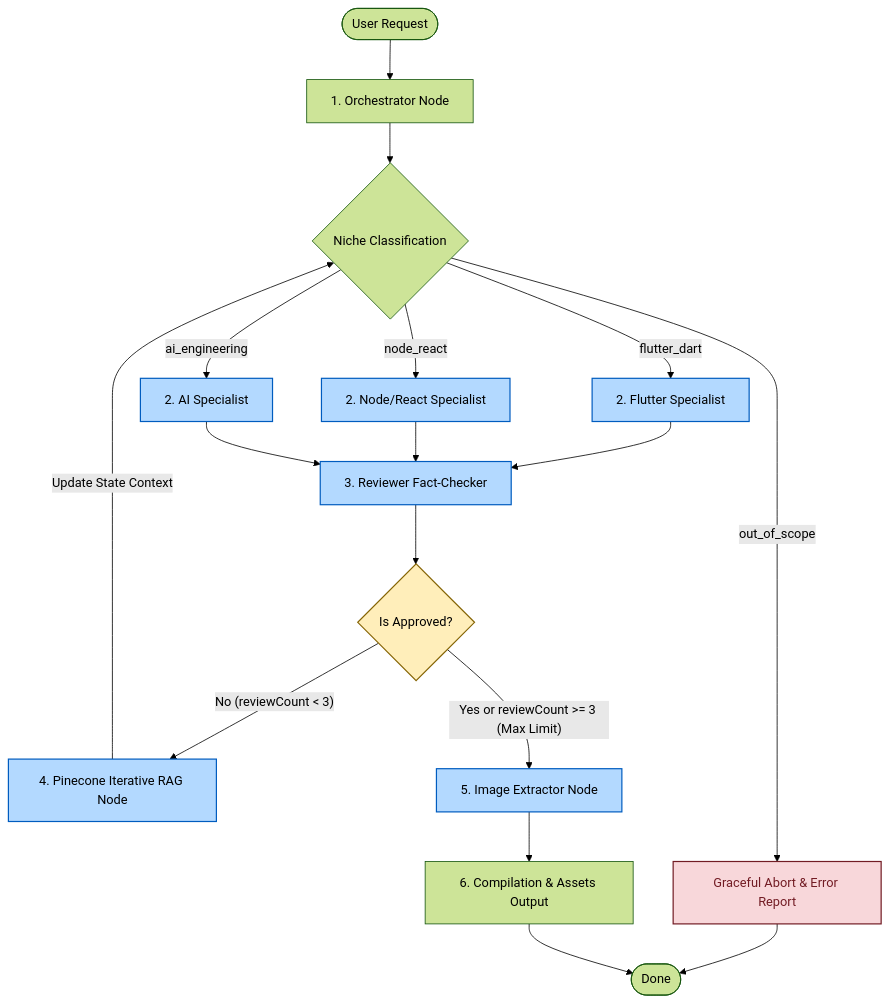
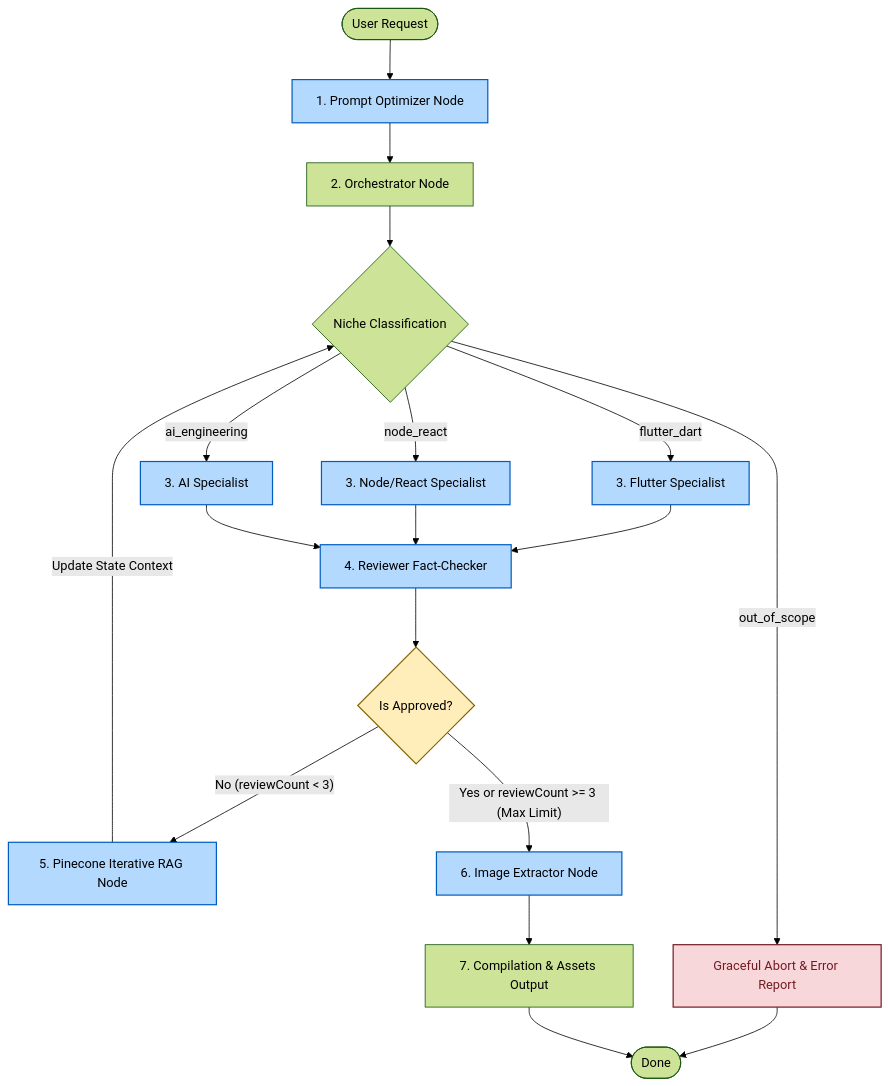
One commit to llucasmota/langgraph-critic-rag-builder changed the diagram in README.md. Above: the diagram before and after it, drawn with Mermaid (forest theme). The commit also changed other lines of this file and 17 other files, not shown here.

````diff
--- a/README.md
+++ b/README.md
@@ -19,41 +19,42 @@
 ```mermaid
 graph TD
     %% Define styles
     classDef startEnd fill:#f9f,stroke:#333,stroke-width:2px;
     classDef nodeStyle fill:#b3d9ff,stroke:#005cbf,stroke-width:1.5px,color:#000;
     classDef decStyle fill:#ffeeba,stroke:#856404,stroke-width:1.5px,color:#000;
     classDef errorStyle fill:#f8d7da,stroke:#721c24,stroke-width:1.5px,color:#721c24;
 
-    Start([User Request]) --> Orchestrator[1. Orchestrator Node]
+    Start([User Request]) --> PromptOptimizer[1. Prompt Optimizer Node]
+    PromptOptimizer --> Orchestrator[2. Orchestrator Node]
     Orchestrator --> Classification{Niche Classification}
     
     %% Niche Routing
     Classification -- out_of_scope --> OutOfScope[Graceful Abort & Error Report]
     OutOfScope --> End([Done])
     class OutOfScope errorStyle;
     
-    Classification -- flutter_dart --> FlutterAgent[2. Flutter Specialist]
-    Classification -- node_react --> NodeReactAgent[2. Node/React Specialist]
-    Classification -- ai_engineering --> AIAgent[2. AI Specialist]
-    class FlutterAgent,NodeReactAgent,AIAgent nodeStyle;
+    Classification -- flutter_dart --> FlutterAgent[3. Flutter Specialist]
+    Classification -- node_react --> NodeReactAgent[3. Node/React Specialist]
+    Classification -- ai_engineering --> AIAgent[3. AI Specialist]
+    class PromptOptimizer,FlutterAgent,NodeReactAgent,AIAgent nodeStyle;
 
     %% Specialists to Reviewer
-    FlutterAgent --> Reviewer[3. Reviewer Fact-Checker]
+    FlutterAgent --> Reviewer[4. Reviewer Fact-Checker]
     NodeReactAgent --> Reviewer
     AIAgent --> Reviewer
     class Reviewer nodeStyle;
 
     %% Review Loop Decisions
     Reviewer --> ReviewDecision{Is Approved?}
     class ReviewDecision decStyle;
     
-    ReviewDecision -- No (reviewCount < 3) --> IterativeRAG[4. Pinecone Iterative RAG Node]
+    ReviewDecision -- No (reviewCount < 3) --> IterativeRAG[5. Pinecone Iterative RAG Node]
     IterativeRAG --> |Update State Context| Classification
     class IterativeRAG nodeStyle;
 
-    ReviewDecision -- Yes or reviewCount >= 3 (Max Limit) --> ImageExtractor[5. Image Extractor Node]
+    ReviewDecision -- Yes or reviewCount >= 3 (Max Limit) --> ImageExtractor[6. Image Extractor Node]
     class ImageExtractor nodeStyle;
 
-    ImageExtractor --> Compilation[6. Compilation & Assets Output]
+    ImageExtractor --> Compilation[7. Compilation & Assets Output]
     Compilation --> End
 ```
````
